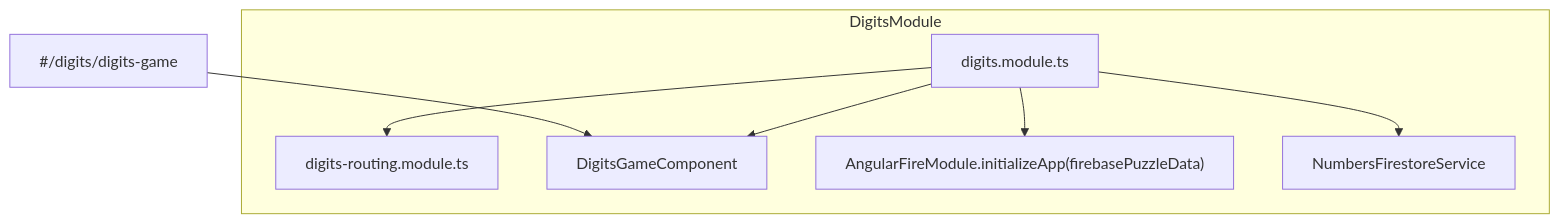
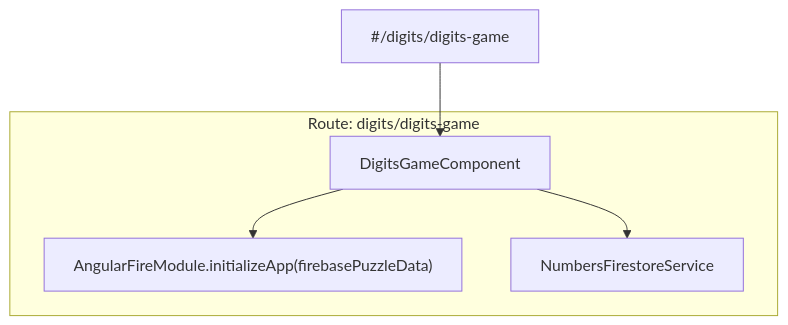
The fourth of 11 diagrams in README.md (lkovari/LKovariHome), drawn with Mermaid before and after one commit. The commit also changed other lines of this file and 27 other files, not shown here.

````diff
--- a/README.md
+++ b/README.md
@@ -141,14 +143,10 @@
 ```mermaid
 flowchart TB
-  subgraph DigitsModule
-    DM[digits.module.ts]
-    DR[digits-routing.module.ts]
+  subgraph DigitsRoute["Route: digits/digits-game"]
     DGC[DigitsGameComponent]
-    DM --> DR
-    DM --> DGC
-    DM --> Firebase["AngularFireModule.initializeApp(firebasePuzzleData)"]
-    DM --> Providers[NumbersFirestoreService]
+    DGC --> Firebase["AngularFireModule.initializeApp(firebasePuzzleData)"]
+    DGC --> Providers[NumbersFirestoreService]
   end
 
   Route["#/digits/digits-game"] --> DGC
 ```
````
